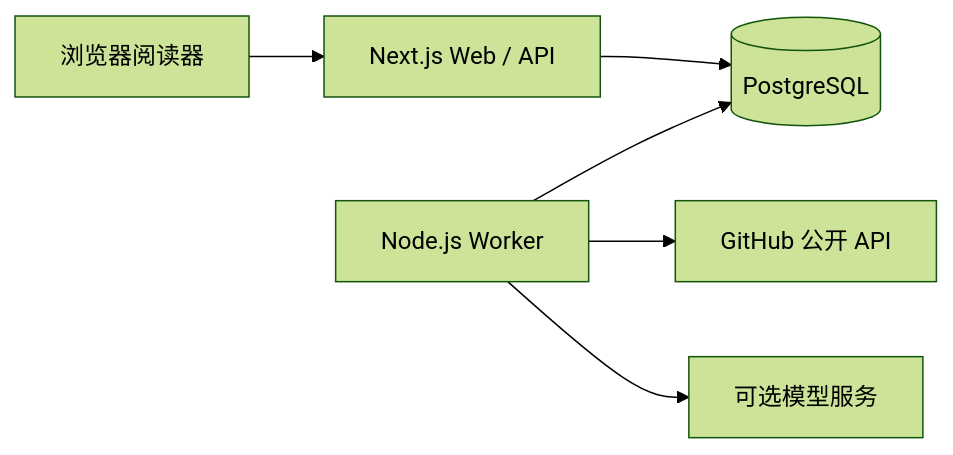
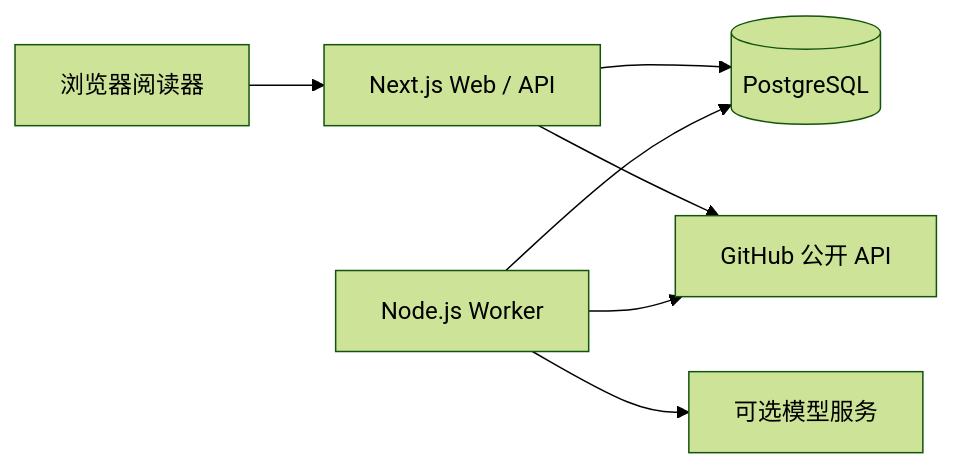
Before and after one commit to hjunhui0924-gif/news_updata: the diagram in docs/02-architecture.md, drawn with Mermaid (forest theme). The commit also changed other lines of this file and 9 other files, not shown here.

````diff
--- a/docs/02-architecture.md
+++ b/docs/02-architecture.md
@@ -7,8 +7,9 @@
 ```mermaid
 flowchart LR
   Browser[浏览器阅读器] --> Web[Next.js Web / API]
   Web --> DB[(PostgreSQL)]
+  Web --> GitHub[GitHub 公开 API]
   Worker[Node.js Worker] --> DB
-  Worker --> GitHub[GitHub 公开 API]
+  Worker --> GitHub
   Worker --> AI[可选模型服务]
 ```
````
